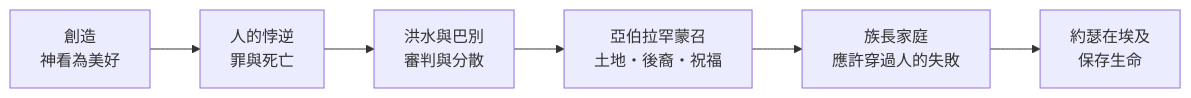
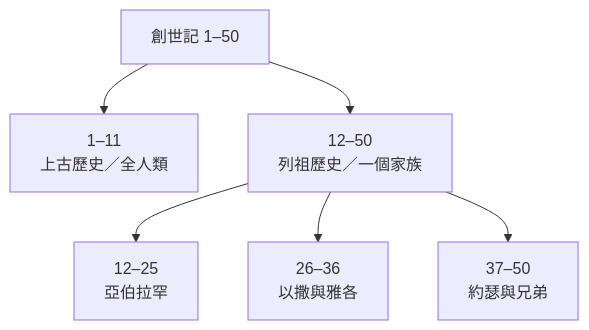
Before and after one commit to andyjr5566/Bible_wiki_zh: the second of 3 diagrams in 01 創世記/Introduction.md, drawn with Mermaid. The commit also changed other lines of this file, not shown here.

````diff
--- a/01 創世記/Introduction.md
+++ b/01 創世記/Introduction.md
@@ -106,8 +104,9 @@
 ```mermaid
-flowchart LR
-  A[創造<br/>神看為美好] --> B[人的悖逆<br/>罪與死亡]
-  B --> C[洪水與巴別<br/>審判與分散]
-  C --> D[亞伯拉罕蒙召<br/>土地・後裔・祝福]
-  D --> E[族長家庭<br/>應許穿過人的失敗]
-  E --> F[約瑟在埃及<br/>保存生命]
+flowchart TB
+  G[創世記 1–50]
+  G --> P[1–11<br/>上古歷史／全人類]
+  G --> F[12–50<br/>列祖歷史／一個家族]
+  F --> A[12–25<br/>亞伯拉罕]
+  F --> J[26–36<br/>以撒與雅各]
+  F --> Y[37–50<br/>約瑟與兄弟]
 ```
````
